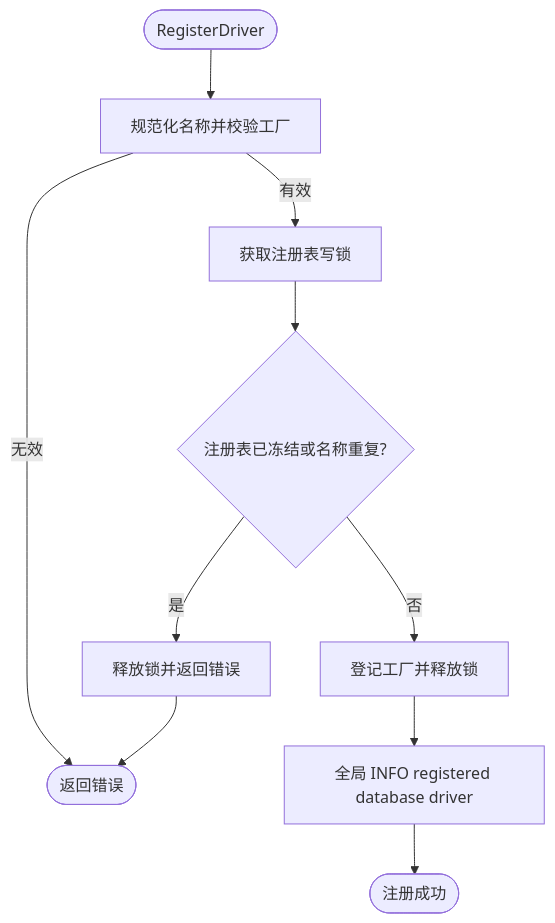
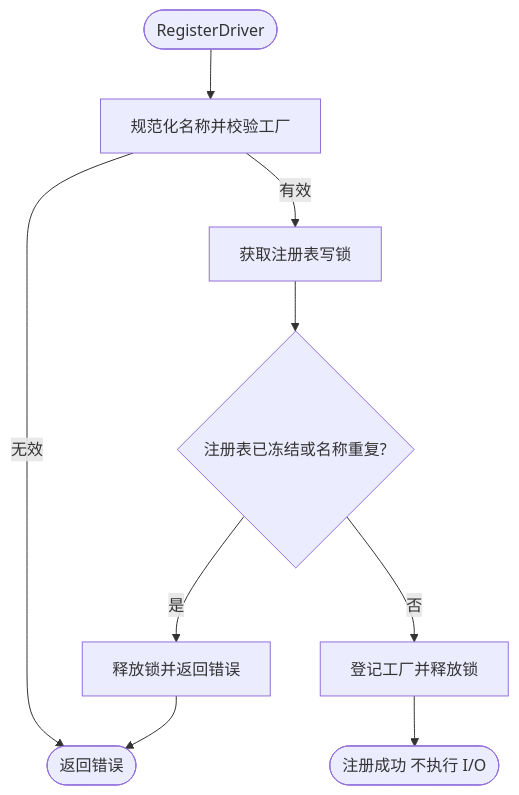
The fifth of 10 diagrams in pkg/database/README.md (jaggerzhuang1994/kratos-foundation), drawn with Mermaid before and after one commit. The commit also changed other lines of this file and 204 other files, not shown here.

````diff
--- a/pkg/database/README.md
+++ b/pkg/database/README.md
@@ -151,12 +160,11 @@
 ```mermaid
 flowchart TD
     A([RegisterDriver]) --> B[规范化名称并校验工厂]
     B -- 无效 --> E([返回错误])
     B -- 有效 --> C[获取注册表写锁]
     C --> D{注册表已冻结或名称重复?}
     D -- 是 --> F[释放锁并返回错误]
     F --> E
     D -- 否 --> G[登记工厂并释放锁]
-    G --> H[全局 INFO registered database driver]
-    H --> I([注册成功])
+    G --> I([注册成功 不执行 I/O])
 ```
````
